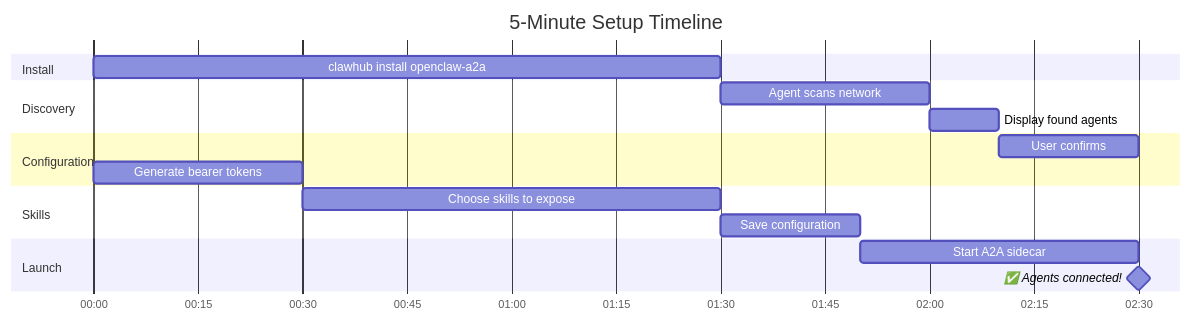
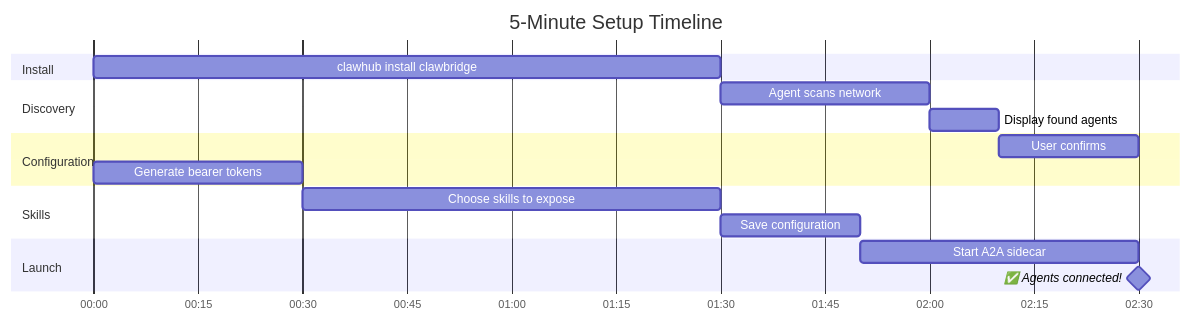
Before and after one commit to paprini/clawbridge: the ninth of 9 diagrams in docs/DIAGRAMS.md, drawn with Mermaid. The commit also changed other lines of this file and 40 other files, not shown here.

````diff
--- a/docs/DIAGRAMS.md
+++ b/docs/DIAGRAMS.md
@@ -265,25 +265,25 @@
 ```mermaid
 gantt
     title 5-Minute Setup Timeline
     dateFormat mm:ss
     axisFormat %M:%S
     
     section Install
-    clawhub install openclaw-a2a :a1, 00:00, 90s
+    clawhub install clawbridge :a1, 00:00, 90s
     
     section Discovery
     Agent scans network :a2, after a1, 30s
     Display found agents :a3, after a2, 10s
     
     section Configuration
     User confirms: connect all :a4, after a3, 20s
     Generate bearer tokens :a5, after a4, 30s
     
     section Skills
     Choose skills to expose :a6, after a5, 60s
     Save configuration :a7, after a6, 20s
     
     section Launch
     Start A2A sidecar :a8, after a7, 40s
     ✅ Agents connected! :milestone, after a8, 0s
 ```
````
